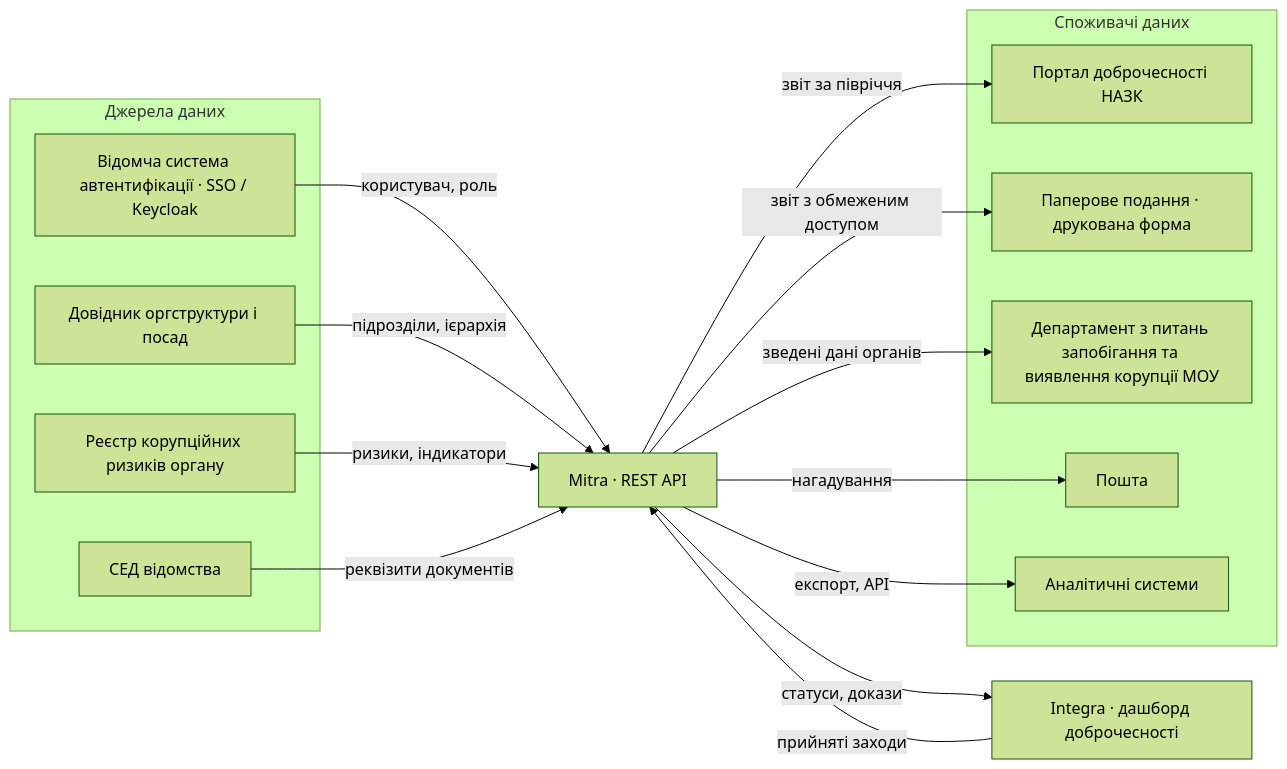
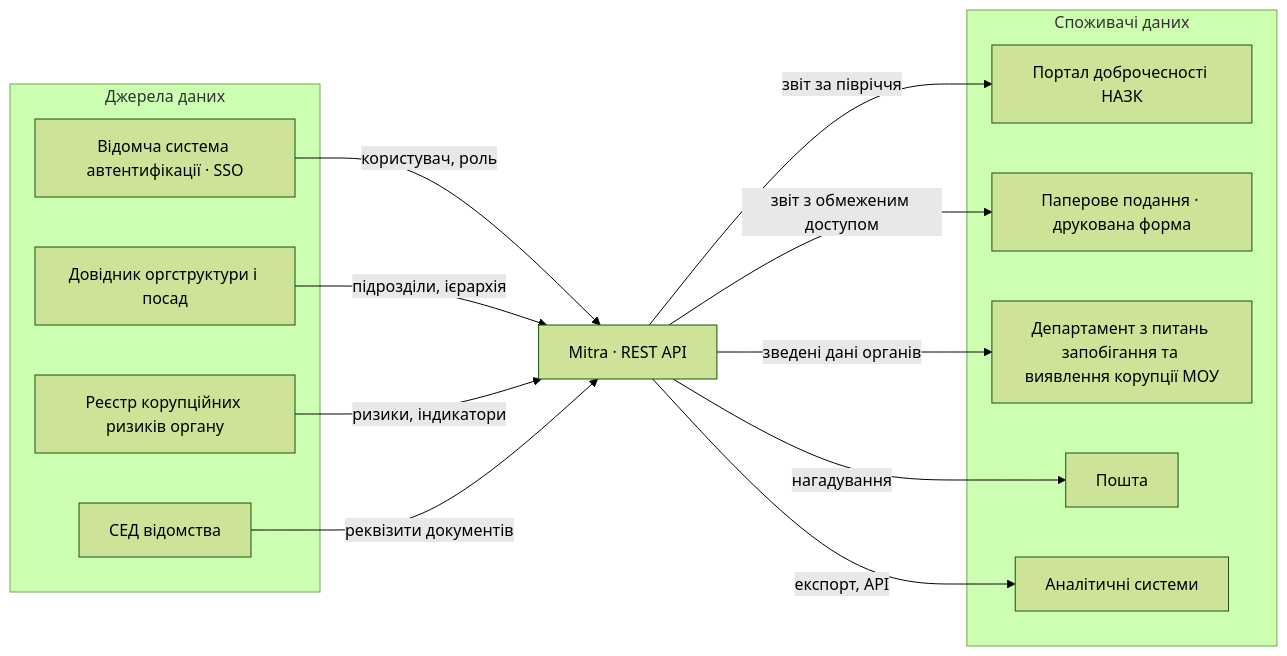
The first of 2 diagrams in docs/integration.md (fxhxyz4/Mitra), drawn with Mermaid (forest theme) before and after one commit. The commit also changed other lines of this file and 26 other files, not shown here.

````diff
--- a/docs/integration.md
+++ b/docs/integration.md
@@ -9,28 +9,26 @@
 ```mermaid
 flowchart LR
     subgraph src [Джерела даних]
-        sso[Відомча система автентифікації · SSO / Keycloak]
+        sso[Відомча система автентифікації · SSO]
         hr[Довідник оргструктури і посад]
         sed[СЕД відомства]
         risk[Реєстр корупційних ризиків органу]
     end
     mon[Mitra · REST API]
     subgraph dst [Споживачі даних]
         nazk[Портал доброчесності НАЗК]
         paper[Паперове подання · друкована форма]
         dep[Департамент з питань запобігання та виявлення корупції МОУ]
         notif[Пошта]
         bi[Аналітичні системи]
     end
     sso -->|користувач, роль| mon
     hr -->|підрозділи, ієрархія| mon
     risk -->|ризики, індикатори| mon
-    integra[Integra · дашборд доброчесності] -->|прийняті заходи| mon
-    mon -->|статуси, докази| integra
     sed -->|реквізити документів| mon
     mon -->|звіт за півріччя| nazk
     mon -->|звіт з обмеженим доступом| paper
     mon -->|зведені дані органів| dep
     mon -->|нагадування| notif
     mon -->|експорт, API| bi
 ```
````
